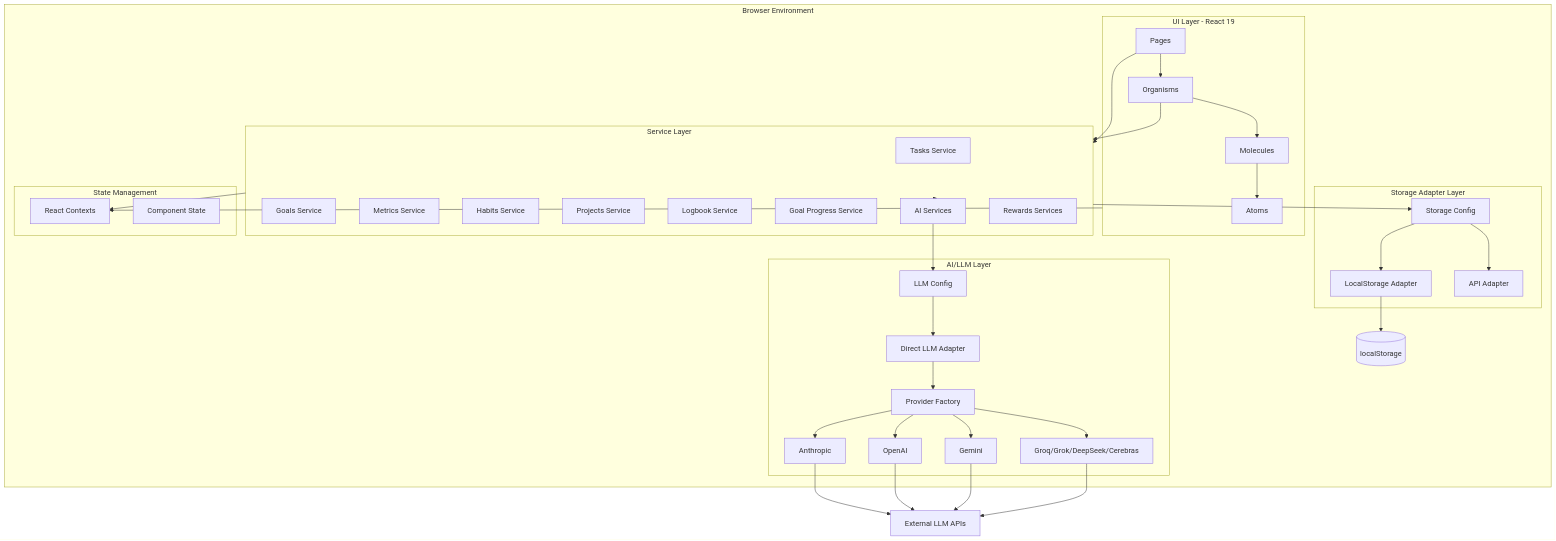
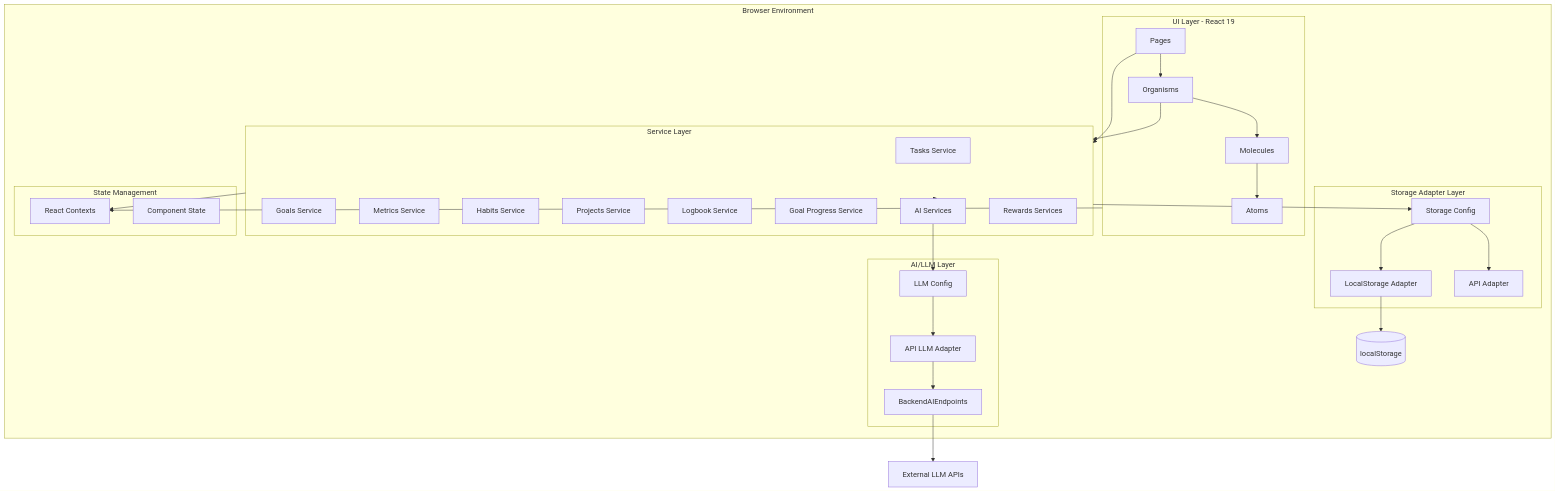
One commit to SunnyChopper/sunnychopper.github.io changed the diagram in docs/PERSONAL_OS_ARCHITECTURE.md. Above: the diagram before and after it, drawn with Mermaid. The commit also changed other lines of this file and 148 other files, not shown here.

First line of the commit message:
refactor: stabilize growth system and remove direct LLM providers (#9)

````diff
--- a/docs/PERSONAL_OS_ARCHITECTURE.md
+++ b/docs/PERSONAL_OS_ARCHITECTURE.md
@@ -80,80 +82,67 @@
 ```mermaid
 graph TB
     subgraph Browser [Browser Environment]
         subgraph UI [UI Layer - React 19]
             Pages[Pages]
             Organisms[Organisms]
             Molecules[Molecules]
             Atoms[Atoms]
         end
 
         subgraph Services [Service Layer]
             TaskSvc[Tasks Service]
             GoalSvc[Goals Service]
             MetricSvc[Metrics Service]
             HabitSvc[Habits Service]
             ProjectSvc[Projects Service]
             LogbookSvc[Logbook Service]
             ProgressSvc[Goal Progress Service]
             AISvc[AI Services]
             RewardSvc[Rewards Services]
         end
 
         subgraph Storage [Storage Adapter Layer]
             StorageConfig[Storage Config]
             LocalAdapter[LocalStorage Adapter]
             APIAdapter[API Adapter]
         end
 
         subgraph LLM [AI/LLM Layer]
             LLMConfig[LLM Config]
-            DirectAdapter[Direct LLM Adapter]
-            ProviderFactory[Provider Factory]
-            Anthropic[Anthropic]
-            OpenAI[OpenAI]
-            Gemini[Gemini]
-            Others[Groq/Grok/DeepSeek/Cerebras]
+            APILLMAdapter[API LLM Adapter]
+            BackendAI[BackendAIEndpoints]
         end
 
         subgraph State [State Management]
             Contexts[React Contexts]
             LocalState[Component State]
         end
 
         LocalStorage[(localStorage)]
     end
 
     ExternalAPIs[External LLM APIs]
 
     Pages --> Organisms
     Organisms --> Molecules
     Molecules --> Atoms
 
     Pages --> Services
     Organisms --> Services
 
     Services --> StorageConfig
     Services --> AISvc
 
     StorageConfig --> LocalAdapter
     StorageConfig --> APIAdapter
 
     LocalAdapter --> LocalStorage
 
     AISvc --> LLMConfig
-    LLMConfig --> DirectAdapter
-    DirectAdapter --> ProviderFactory
-
-    ProviderFactory --> Anthropic
-    ProviderFactory --> OpenAI
-    ProviderFactory --> Gemini
-    ProviderFactory --> Others
-
-    Anthropic --> ExternalAPIs
-    OpenAI --> ExternalAPIs
-    Gemini --> ExternalAPIs
-    Others --> ExternalAPIs
+    LLMConfig --> APILLMAdapter
+    APILLMAdapter --> BackendAI
+    BackendAI --> ExternalAPIs
 
     UI --> Contexts
     Services --> Contexts
 ```
````
